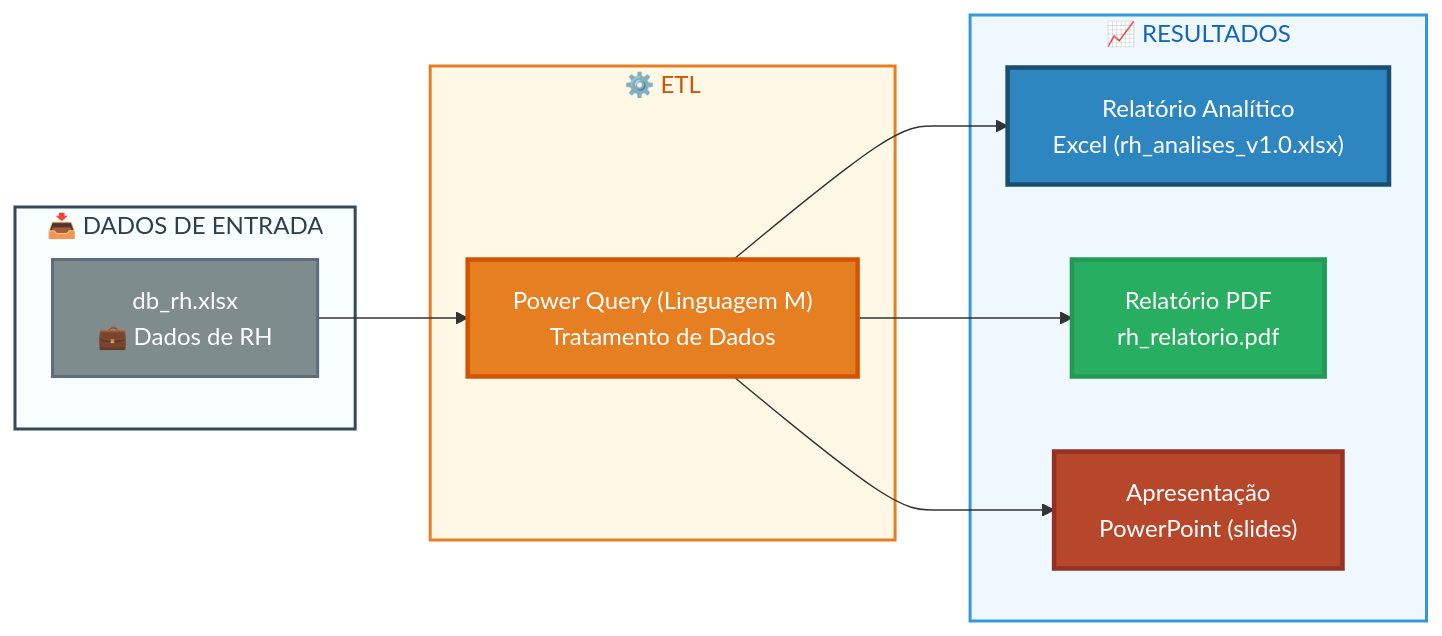
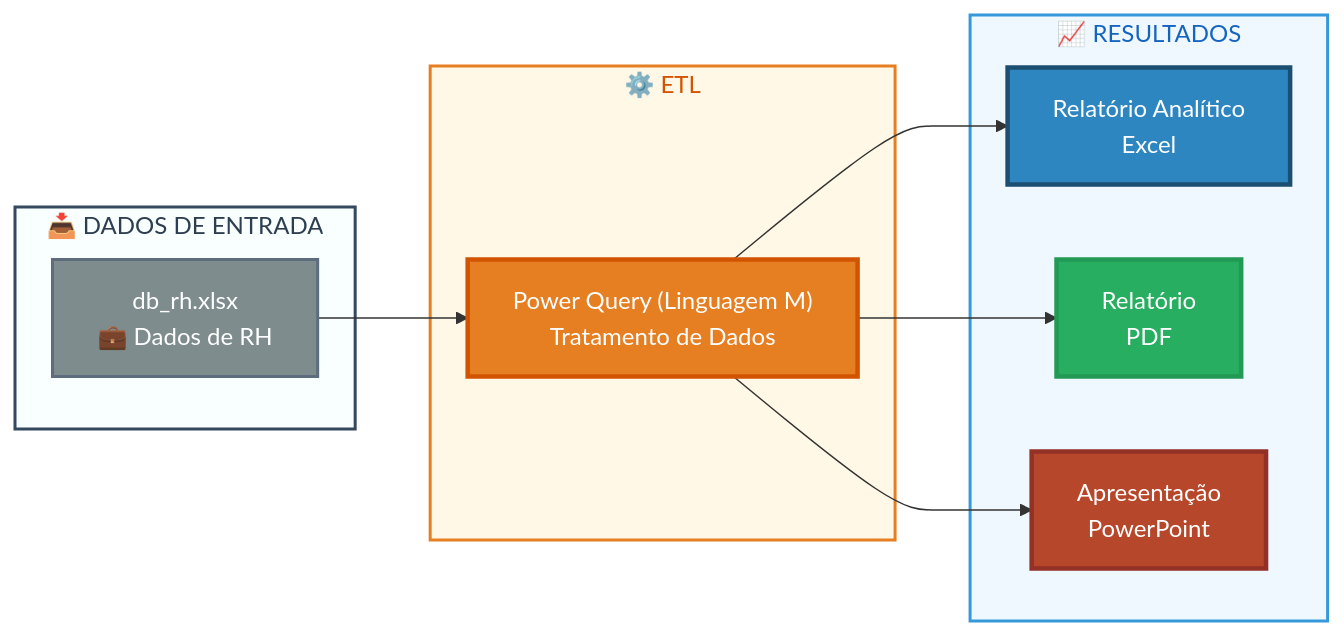
Before and after one commit to marcelomduarte/people_analytics_excel: the diagram in README.md, drawn with Mermaid.

Commit message:
Atualizar README

````diff
--- a/README.md
+++ b/README.md
@@ -15,37 +15,37 @@
 ```mermaid
 graph LR
     subgraph Input ["📥 DADOS DE ENTRADA"]
         A["db_rh.xlsx<br/>💼 Dados de RH"]
     end
 
     subgraph ETL ["⚙️ ETL"]
         B["Power Query (Linguagem M)<br/>Tratamento de Dados"]
     end
 
     subgraph Output ["📈 RESULTADOS"]
-        C["Relatório Analítico<br/>Excel (rh_analises_v1.0.xlsx)"]
-        D["Relatório PDF<br/>rh_relatorio.pdf"]
-        E["Apresentação<br/>PowerPoint (slides)"]
+        C["Relatório Analítico<br/>Excel"]
+        D["Relatório<br/>PDF"]
+        E["Apresentação<br/>PowerPoint"]
     end
 
     A --> B
     B --> C
     B --> D
     B --> E
 
     %% Grupos com bordas mais suaves
     style Input fill:#F8FFFE,stroke:#34495E,stroke-width:2px,color:#2C3E50
     style ETL fill:#FFF8E7,stroke:#E67E22,stroke-width:2px,color:#D35400
     style Output fill:#F0F8FF,stroke:#3498DB,stroke-width:2px,color:#1565C0
     
     %% Dados de entrada em cinza neutro
     style A fill:#7F8C8D,stroke:#5D6D7E,stroke-width:2px,color:#FFFFFF
     
     %% Processamento em laranja vibrante
     style B fill:#E67E22,stroke:#D35400,stroke-width:3px,color:#FFFFFF
     
     %% Saídas em tons de azul e verde
     style C fill:#2E86C1,stroke:#1B4F72,stroke-width:3px,color:#FFFFFF
     style D fill:#27AE60,stroke:#229954,stroke-width:3px,color:#FFFFFF
     style E fill:#B7472A,stroke:#943126,stroke-width:3px,color:#FFFFFF
 ```
````
